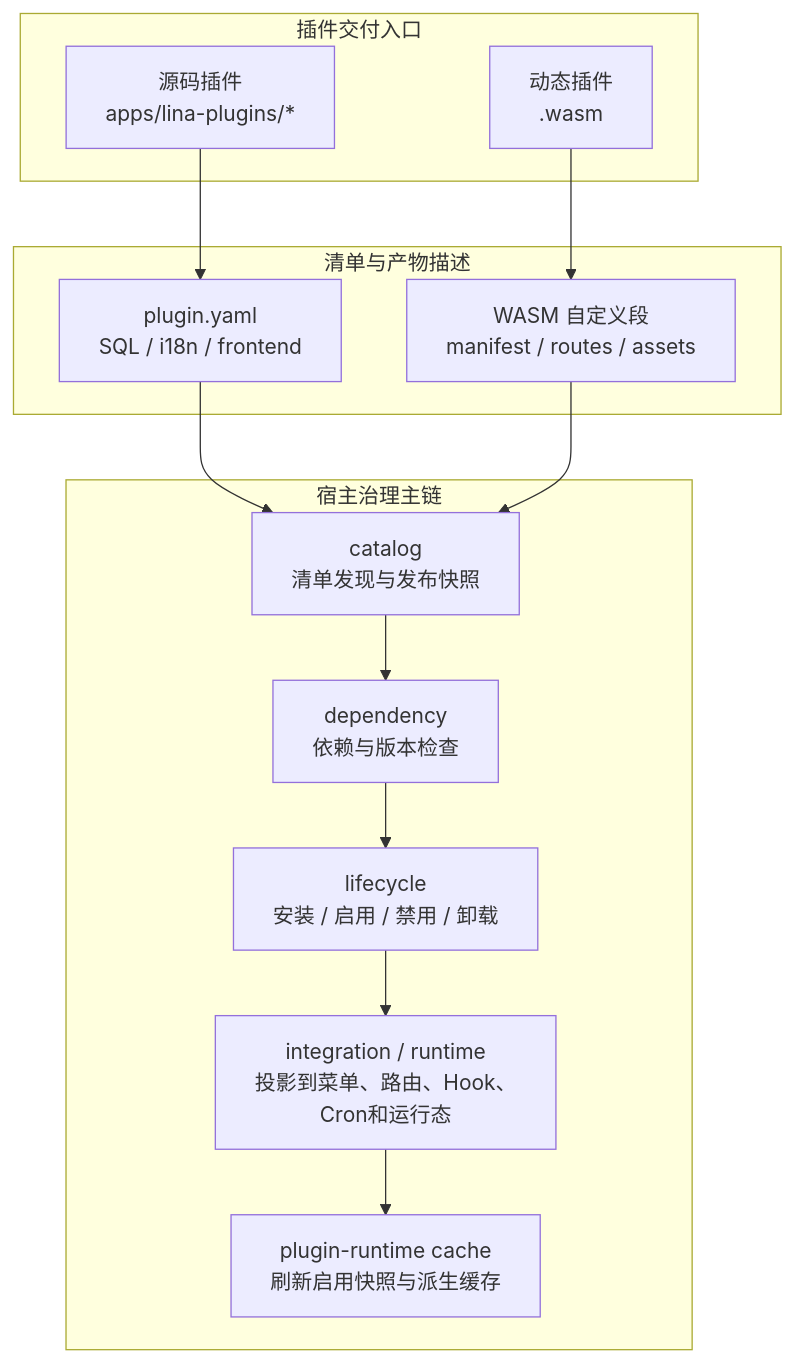
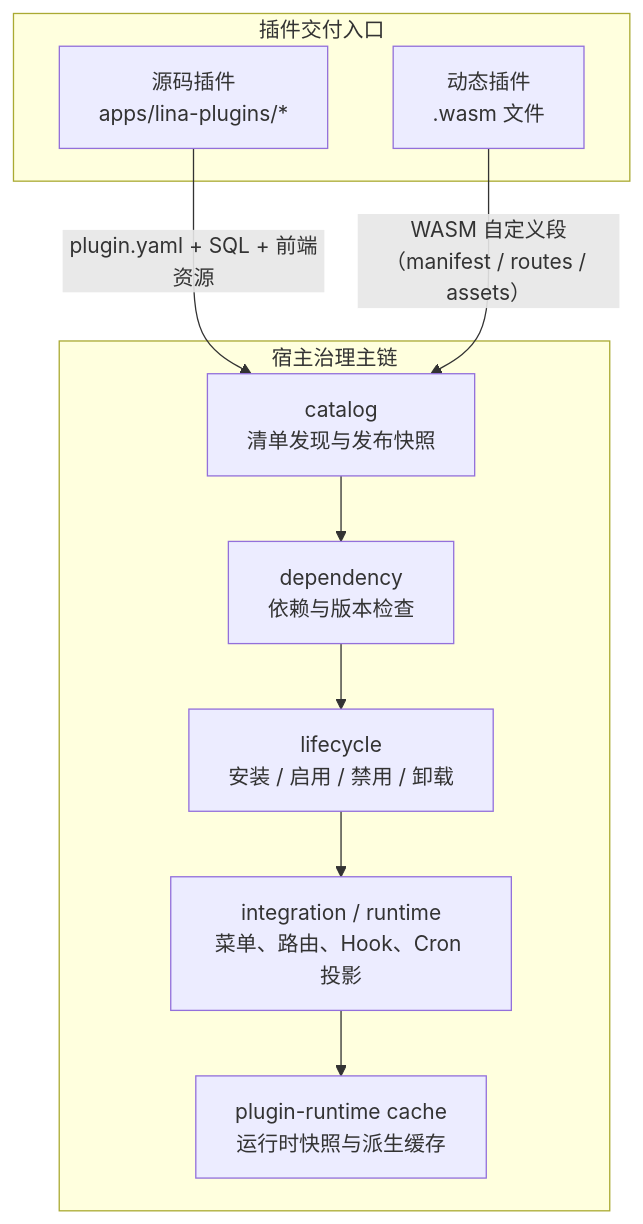
The first of 5 diagrams in apps/lina-site/docs/docs/2000-architecture/4000-plugin-system.md (linaproai/linapro-site), drawn with Mermaid before and after one commit. The commit also changed other lines of this file and 6 other files, not shown here.

First line of the commit message:
docs(lina-site): rewrite architecture docs and sync EN translations

````diff
--- a/apps/lina-site/docs/docs/2000-architecture/4000-plugin-system.md
+++ b/apps/lina-site/docs/docs/2000-architecture/4000-plugin-system.md
@@ -39,29 +67,22 @@
 ```mermaid
 flowchart TD
     subgraph Delivery["插件交付入口"]
         Source["源码插件<br/>apps/lina-plugins/*"]
-        Dynamic["动态插件<br/>.wasm"]
-    end
-
-    subgraph Manifest["清单与产物描述"]
-        SourceManifest["plugin.yaml<br/>SQL / i18n / frontend"]
-        Artifact["WASM 自定义段<br/>manifest / routes / assets"]
+        Dynamic["动态插件<br/>.wasm 文件"]
     end
 
     subgraph Pipeline["宿主治理主链"]
         Catalog["catalog<br/>清单发现与发布快照"]
         Dependency["dependency<br/>依赖与版本检查"]
         Lifecycle["lifecycle<br/>安装 / 启用 / 禁用 / 卸载"]
-        Projection["integration / runtime<br/>投影到菜单、路由、Hook、Cron和运行态"]
-        Cache["plugin-runtime cache<br/>刷新启用快照与派生缓存"]
+        Integration["integration / runtime<br/>菜单、路由、Hook、Cron 投影"]
+        Cache["plugin-runtime cache<br/>运行时快照与派生缓存"]
     end
 
-    Source --> SourceManifest
-    Dynamic --> Artifact
-    SourceManifest --> Catalog
-    Artifact --> Catalog
+    Source -->|"plugin.yaml + SQL + 前端资源"| Catalog
+    Dynamic -->|"WASM 自定义段（manifest / routes / assets）"| Catalog
     Catalog --> Dependency
     Dependency --> Lifecycle
-    Lifecycle --> Projection
-    Projection --> Cache
+    Lifecycle --> Integration
+    Integration --> Cache
 ```
````
